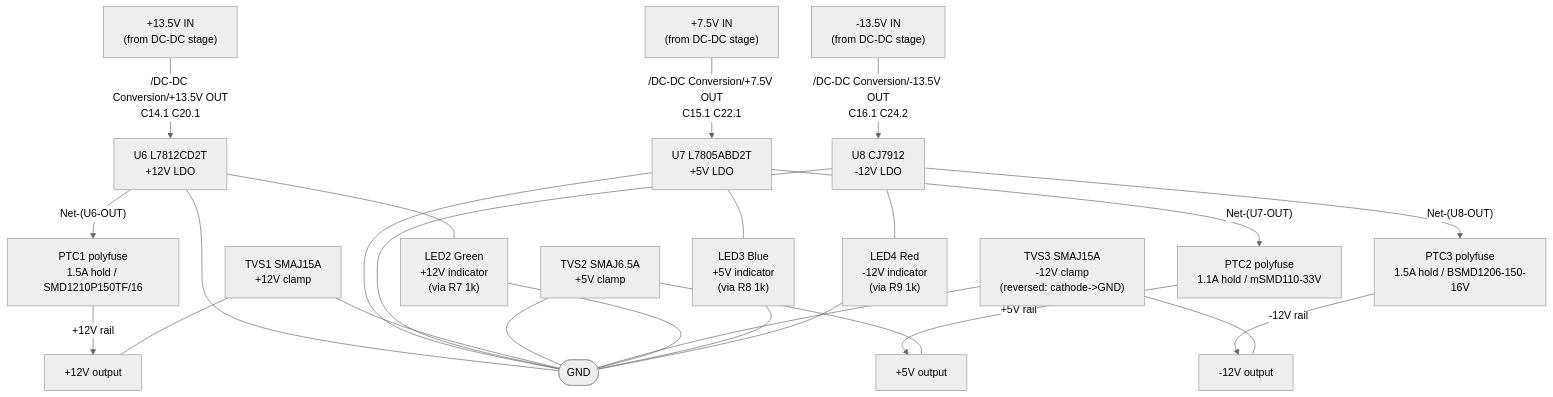
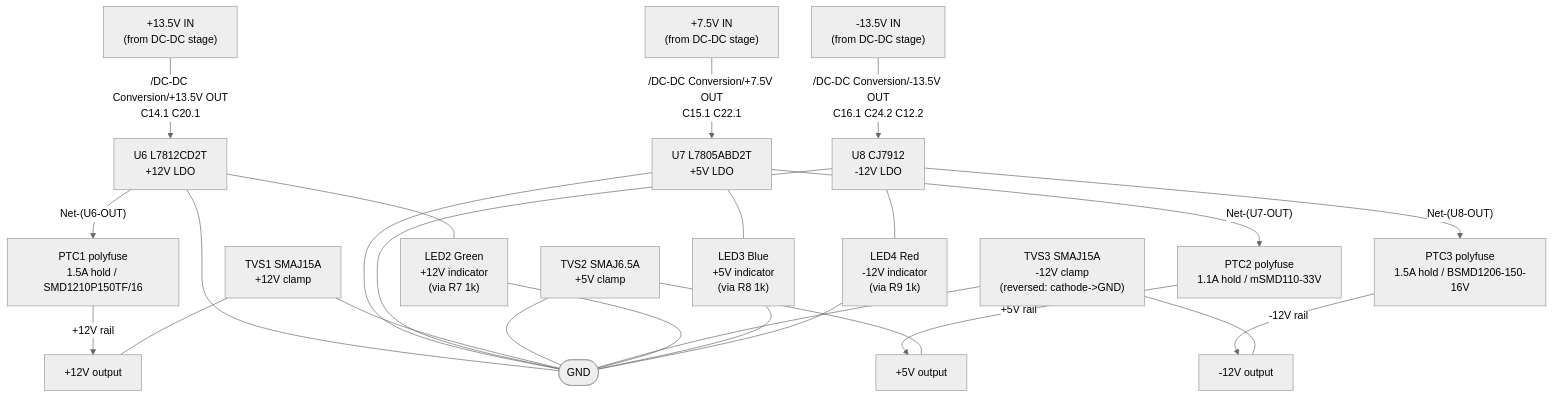
One commit to Takazudo/zudo-power-usb-pd changed the second of 2 diagrams in doc/src/content/docs/how-to/net-table-convention.md. Above: the diagram before and after it, drawn with Mermaid (neutral theme). The commit also changed other lines of this file and 10 other files, not shown here.

````diff
--- a/doc/src/content/docs/how-to/net-table-convention.md
+++ b/doc/src/content/docs/how-to/net-table-convention.md
@@ -97,33 +97,33 @@
 ```mermaid
 flowchart TD
   IN13V5["+13.5V IN\n(from DC-DC stage)"] -->|"/DC-DC Conversion/+13.5V OUT"\nC14.1 C20.1| U6["U6 L7812CD2T\n+12V LDO"]
   IN7V5["+7.5V IN\n(from DC-DC stage)"] -->|"/DC-DC Conversion/+7.5V OUT"\nC15.1 C22.1| U7["U7 L7805ABD2T\n+5V LDO"]
-  IN13V5N["-13.5V IN\n(from DC-DC stage)"] -->|"/DC-DC Conversion/-13.5V OUT"\nC16.1 C24.2| U8["U8 CJ7912\n-12V LDO"]
+  IN13V5N["-13.5V IN\n(from DC-DC stage)"] -->|"/DC-DC Conversion/-13.5V OUT"\nC16.1 C24.2 C12.2| U8["U8 CJ7912\n-12V LDO"]
 
   U6 -->|"Net-(U6-OUT)"| PTC1["PTC1 polyfuse\n1.5A hold / SMD1210P150TF/16"]
   U7 -->|"Net-(U7-OUT)"| PTC2["PTC2 polyfuse\n1.1A hold / mSMD110-33V"]
   U8 -->|"Net-(U8-OUT)"| PTC3["PTC3 polyfuse\n1.5A hold / BSMD1206-150-16V"]
 
   PTC1 -->|"+12V rail"| OUT12["+12V output"]
   PTC2 -->|"+5V rail"| OUT5["+5V output"]
   PTC3 -->|"-12V rail"| OUT12N["-12V output"]
 
   TVS1["TVS1 SMAJ15A\n+12V clamp"] --- OUT12
   TVS2["TVS2 SMAJ6.5A\n+5V clamp"] --- OUT5
   TVS3["TVS3 SMAJ15A\n-12V clamp\n(reversed: cathode->GND)"] --- OUT12N
 
   U6 --- LED2["LED2 Green\n+12V indicator\n(via R7 1k)"]
   U7 --- LED3["LED3 Blue\n+5V indicator\n(via R8 1k)"]
   U8 --- LED4["LED4 Red\n-12V indicator\n(via R9 1k)"]
 
   GND(["GND"])
   U6 --- GND
   U7 --- GND
   U8 --- GND
   TVS1 --- GND
   TVS2 --- GND
   TVS3 --- GND
   LED2 --- GND
   LED3 --- GND
   LED4 --- GND
 ```
````
